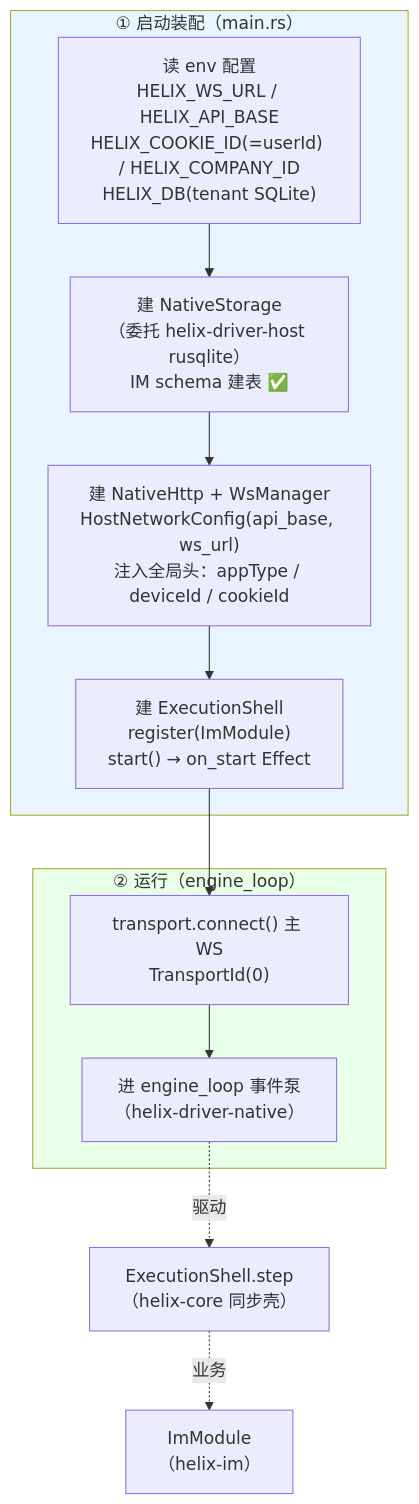
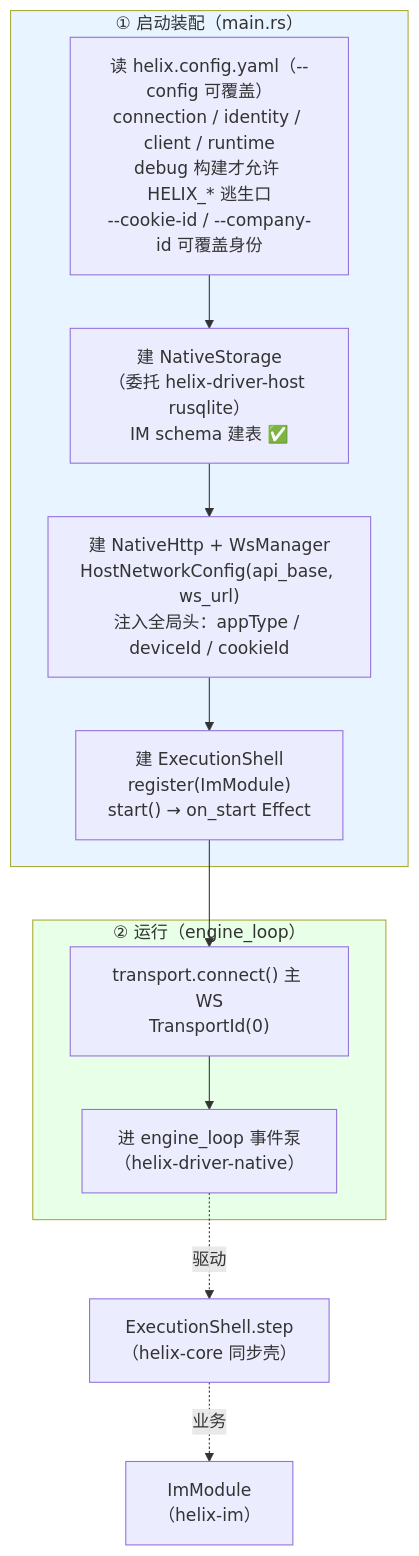
Before and after one commit to zxs1633079383/helix: the diagram in crates/helix-host-cli/docs/design/assembly-and-connect.mmd, drawn with Mermaid. The commit also changed 41 other files, not shown here.

```diff
--- a/crates/helix-host-cli/docs/design/assembly-and-connect.mmd
+++ b/crates/helix-host-cli/docs/design/assembly-and-connect.mmd
@@ -1,23 +1,23 @@
 %% helix-host-cli 装配链路 + 真 Go 连接时序
-%% ✅ 已实测真连 localhost:8065 WS 升级成功
+%% 默认连接 localhost:8066；旧 8065 仅为历史运行态证据
 
 flowchart TD
     subgraph 启动装配["① 启动装配（main.rs）"]
-        ENV["读 env 配置<br/>HELIX_WS_URL / HELIX_API_BASE<br/>HELIX_COOKIE_ID(=userId) / HELIX_COMPANY_ID<br/>HELIX_DB(tenant SQLite)"]
+        ENV["读 helix.config.yaml（--config 可覆盖）<br/>connection / identity / client / runtime<br/>debug 构建才允许 HELIX_* 逃生口<br/>--cookie-id / --company-id 可覆盖身份"]
         DB["建 NativeStorage<br/>（委托 helix-driver-host rusqlite）<br/>IM schema 建表 ✅"]
         NET["建 NativeHttp + WsManager<br/>HostNetworkConfig(api_base, ws_url)<br/>注入全局头：appType / deviceId / cookieId"]
         SHELL["建 ExecutionShell<br/>register(ImModule)<br/>start() → on_start Effect"]
         ENV --> DB --> NET --> SHELL
     end
 
     subgraph 运行["② 运行（engine_loop）"]
         CONNECT["transport.connect() 主 WS<br/>TransportId(0)"]
         LOOP["进 engine_loop 事件泵<br/>（helix-driver-native）"]
         SHELL --> CONNECT --> LOOP
     end
 
     LOOP -.驱动.-> CORE["ExecutionShell.step<br/>（helix-core 同步壳）"]
     CORE -.业务.-> IM["ImModule<br/>（helix-im）"]
 
     style 启动装配 fill:#e8f4ff
     style 运行 fill:#e8ffe8
```
